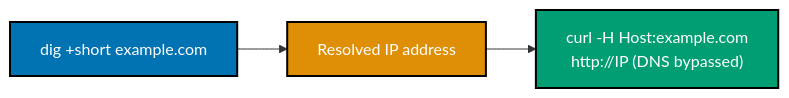
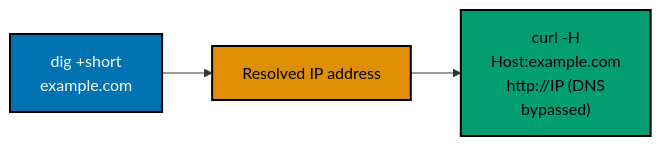
Before and after one commit to wahidyankf/ose-public: diagram 11 of 11 in apps/ayokoding-www/content/en/learn/courses/networking-essentials/learning/beginner.md, drawn with Mermaid. The commit also changed other lines of this file and 145 other files, not shown here.

First line of the commit message:
fix(mermaid): bring the second half of the courses diagrams onto the accessible palette

````diff
--- a/apps/ayokoding-www/content/en/learn/courses/networking-essentials/learning/beginner.md
+++ b/apps/ayokoding-www/content/en/learn/courses/networking-essentials/learning/beginner.md
@@ -1041,10 +1070,13 @@
 ```mermaid
 %% Color Palette: Blue #0173B2, Orange #DE8F05, Teal #029E73
 graph LR
-    A["dig +short example.com"]:::blue --> B["Resolved IP address"]:::orange
-    B --> C["curl -H Host:example.com<br/>http://IP (DNS bypassed)"]:::teal
+    accTitle: Example 28: Resolve, Then curl by IP
+    accDescr: Graph with 3 nodes and 2 connections. Nodes: dig +short example.com, Resolved IP address, curl -H Host:example.com http://IP (DNS bypassed). Connections: dig +short example.com to Resolved IP address, Resolved IP address to curl -H Host:example.com http://IP (DNS bypassed).
+    A["dig +short<br/>example.com"]:::blue --> B["Resolved IP address"]:::orange
+    B --> C["curl -H<br/>Host:example.com<br/>http://IP (DNS<br/>bypassed)"]:::teal
 
     classDef blue fill:#0173B2,stroke:#000000,color:#FFFFFF,stroke-width:2px
-    classDef orange fill:#DE8F05,stroke:#000000,color:#FFFFFF,stroke-width:2px
-    classDef teal fill:#029E73,stroke:#000000,color:#FFFFFF,stroke-width:2px
+    classDef orange fill:#DE8F05,stroke:#000000,color:#000000,stroke-width:2px
+    classDef teal fill:#029E73,stroke:#000000,color:#000000,stroke-width:2px
+    classDef default fill:#FFFFFF,stroke:#000000,color:#000000
 ```
````
